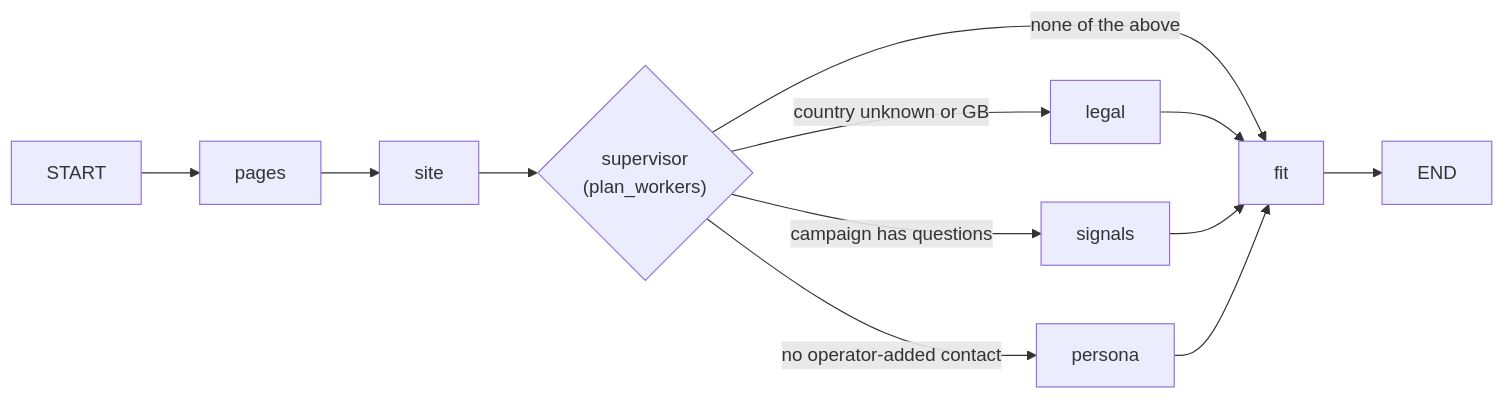
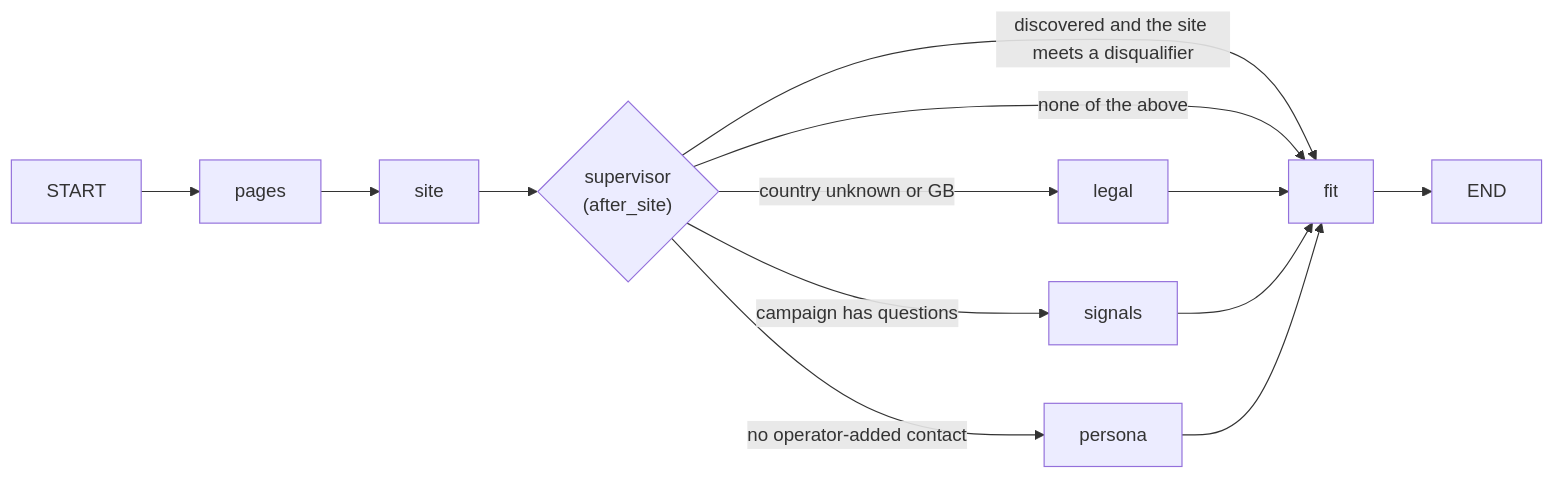
One commit to rahul-trip/email_campaign changed the diagram in docs/technical/lld/stage-research.md. Above: the diagram before and after it, drawn with Mermaid. The commit also changed other lines of this file and 14 other files, not shown here.

````diff
--- a/docs/technical/lld/stage-research.md
+++ b/docs/technical/lld/stage-research.md
@@ -54,14 +56,15 @@
 ```mermaid
 flowchart LR
     START --> pages
     pages --> site
-    site --> sup{"supervisor<br/>(plan_workers)"}
+    site --> sup{"supervisor<br/>(after_site)"}
+    sup -->|"discovered and the site meets a disqualifier"| fit
     sup -->|"country unknown or GB"| legal
     sup -->|"campaign has questions"| signals
     sup -->|"no operator-added contact"| persona
     sup -->|"none of the above"| fit
     legal --> fit
     signals --> fit
     persona --> fit
     fit --> END
 ```
````
